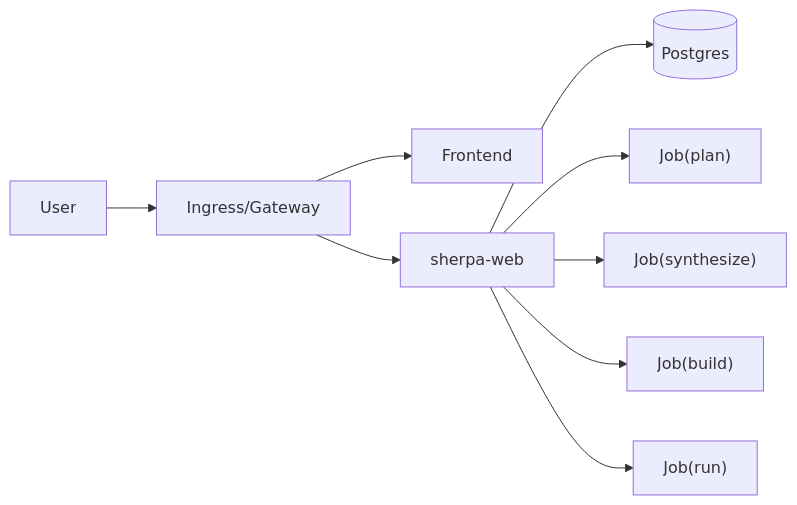
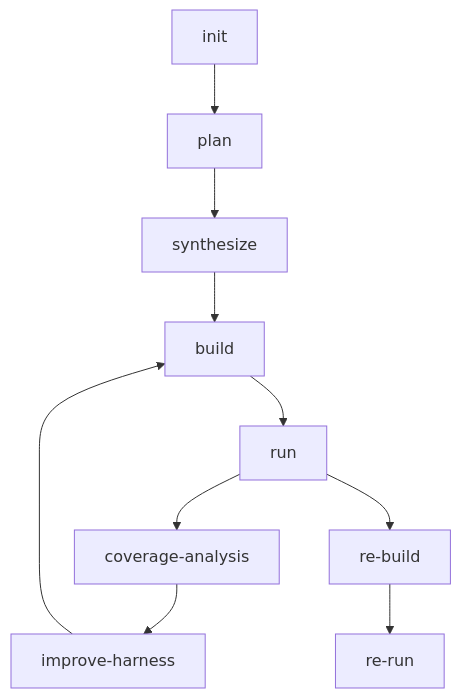
Before and after one commit to ZUENS2020/Sherpa: the diagram in docs/README.md, drawn with Mermaid. The commit also changed other lines of this file and 19 other files, not shown here.

Commit message:
docs: rewrite repository documentation to current architecture

````diff
--- a/docs/README.md
+++ b/docs/README.md
@@ -28,11 +55,12 @@
 ```mermaid
-flowchart LR
-  U["User"] --> G["Ingress/Gateway"]
-  G --> FE["Frontend"]
-  G --> API["sherpa-web"]
-  API --> DB[("Postgres")]
-  API --> J1["Job(plan)"]
-  API --> J2["Job(synthesize)"]
-  API --> J3["Job(build)"]
-  API --> J4["Job(run)"]
+flowchart TD
+  INIT["init"] --> PLAN["plan"]
+  PLAN --> SYN["synthesize"]
+  SYN --> BUILD["build"]
+  BUILD --> RUN["run"]
+  RUN --> CA["coverage-analysis"]
+  CA --> IH["improve-harness"]
+  IH --> BUILD
+  RUN --> REBUILD["re-build"]
+  REBUILD --> RERUN["re-run"]
 ```
````
